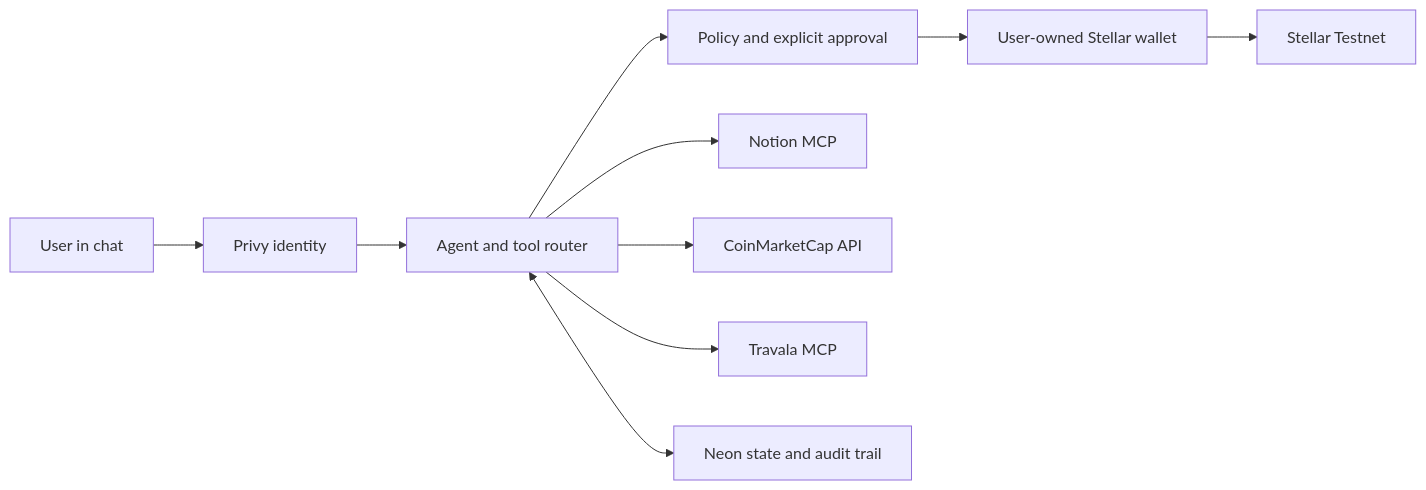
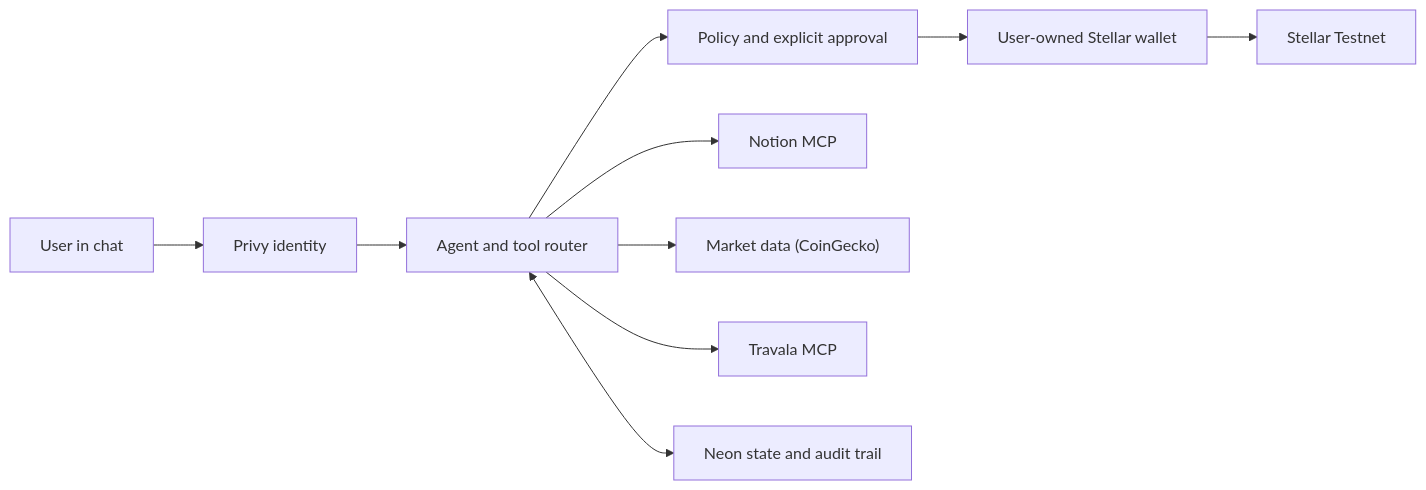
Before and after one commit to CaBsCrypto/agente-asistente: the first of 3 diagrams in README.md, drawn with Mermaid. The commit also changed other lines of this file and 1 other file, not shown here.

First line of the commit message:
Sync docs: DeFindex XLM Live, CoinGecko primary, Telegram row (#15)

```diff
--- a/README.md
+++ b/README.md
@@ -139,12 +140,12 @@
 ~~~mermaid
 flowchart LR
     U["User in chat"] --> ID["Privy identity"]
     ID --> A["Agent and tool router"]
     A --> P["Policy and explicit approval"]
     A --> N["Notion MCP"]
-    A --> C["CoinMarketCap API"]
+    A --> C["Market data (CoinGecko)"]
     A --> T["Travala MCP"]
     P --> W["User-owned Stellar wallet"]
     W --> S["Stellar Testnet"]
     A <--> DB["Neon state and audit trail"]
 ~~~
```
